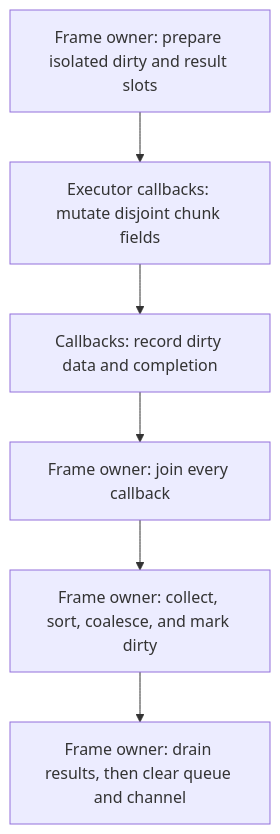
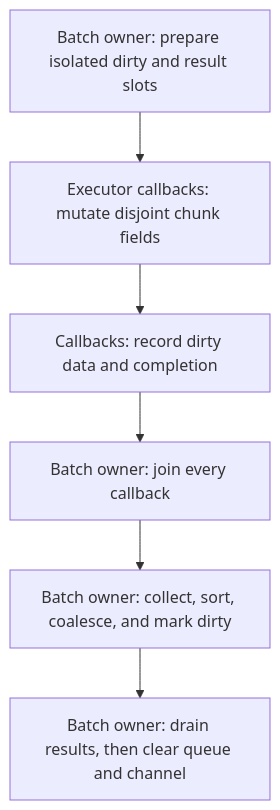
The second of 2 diagrams in docs/architecture/queued-operations.md (kindjie/tess), drawn with Mermaid before and after one commit. The commit also changed other lines of this file and 235 other files, not shown here.

````diff
--- a/docs/architecture/queued-operations.md
+++ b/docs/architecture/queued-operations.md
@@ -24,13 +24,13 @@
 ```mermaid
 flowchart TB
   accTitle: Parallel phase ownership and reduction
-  accDescr: The frame owner prepares isolated slots, joins every callback, then merges metadata and drains results in deterministic order.
+  accDescr: The batch owner prepares isolated slots, joins every callback, then merges metadata and drains results in deterministic order.
 
-  Prepare["Frame owner: prepare isolated dirty and result slots"]
+  Prepare["Batch owner: prepare isolated dirty and result slots"]
   Execute["Executor callbacks: mutate disjoint chunk fields"]
   Record["Callbacks: record dirty data and completion"]
-  Join["Frame owner: join every callback"]
-  Merge["Frame owner: collect, sort, coalesce, and mark dirty"]
-  Drain["Frame owner: drain results, then clear queue and channel"]
+  Join["Batch owner: join every callback"]
+  Merge["Batch owner: collect, sort, coalesce, and mark dirty"]
+  Drain["Batch owner: drain results, then clear queue and channel"]
   Prepare --> Execute --> Record --> Join --> Merge --> Drain
 ```
````
